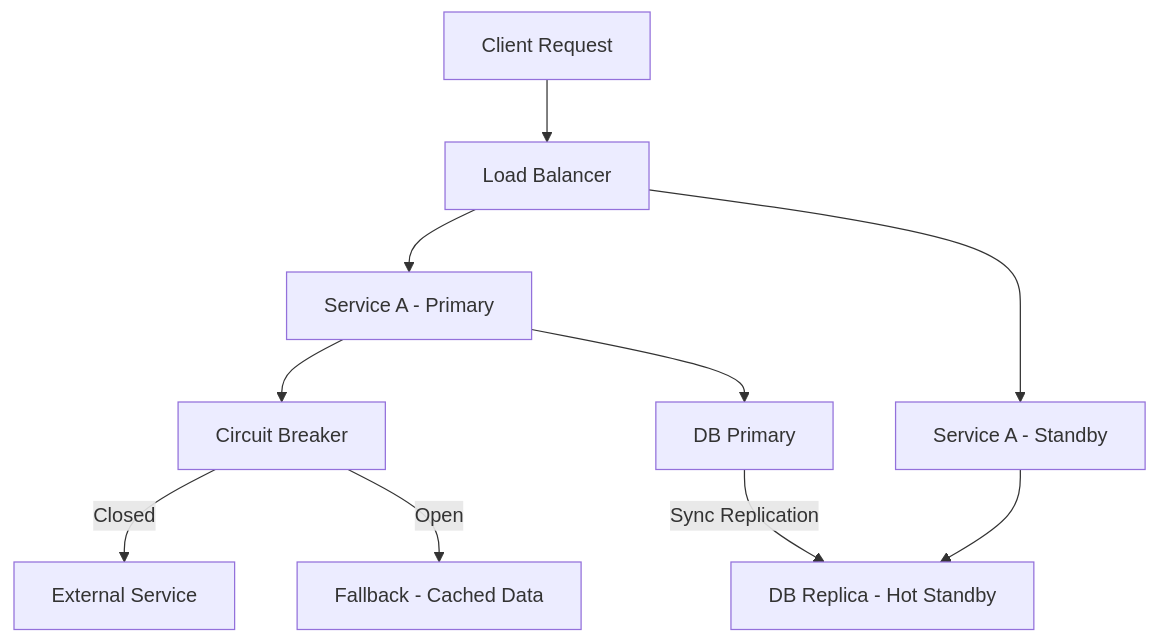
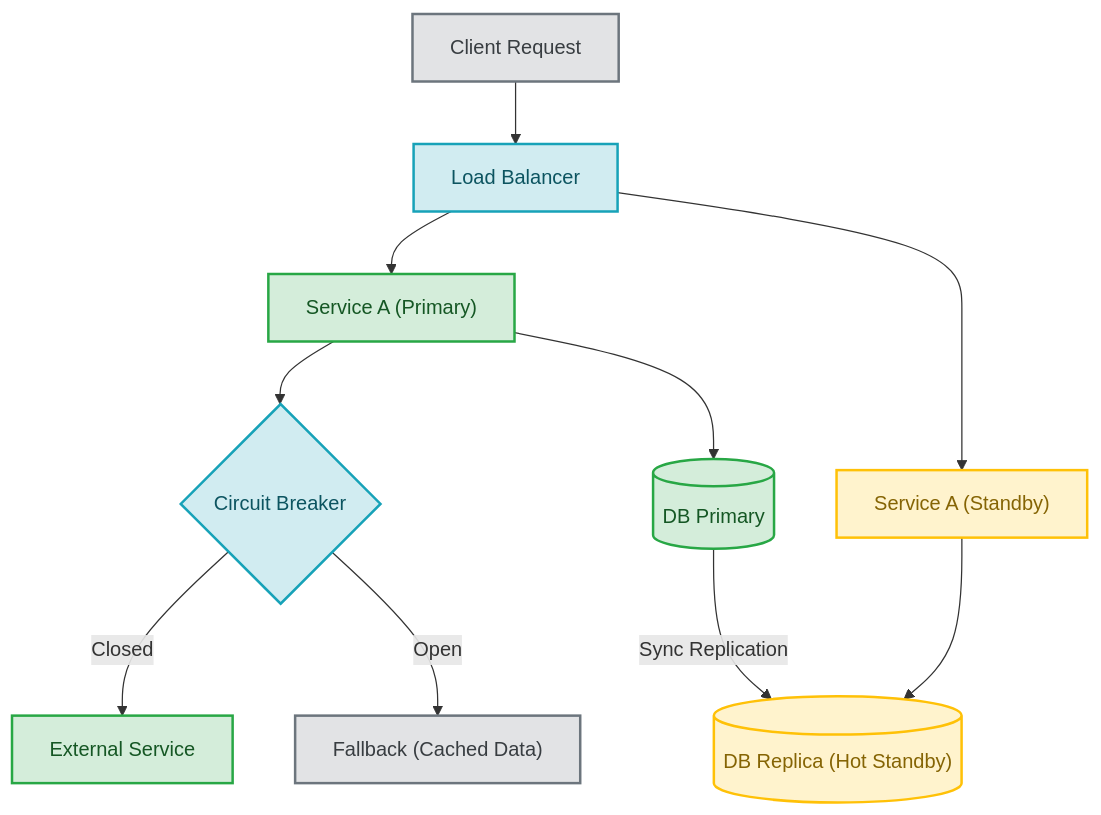
Before and after one commit to akshay-k-r/Interview-Prep-Resource: the first of 3 diagrams in src/pages/02-hld/fundamentals/fault-tolerance/index.mdx, drawn with Mermaid. The commit also changed other lines of this file and 29 other files, not shown here.

````diff
--- a/src/pages/02-hld/fundamentals/fault-tolerance/index.mdx
+++ b/src/pages/02-hld/fundamentals/fault-tolerance/index.mdx
@@ -48,17 +48,28 @@
 ```mermaid
 flowchart TD
-    Client["Client Request"]
-    Client --> LB["Load Balancer"]
+    Client["Client Request"] --> LB["Load Balancer"]
 
-    LB --> S1["Service A - Primary"]
-    LB --> S2["Service A - Standby"]
+    LB --> S1["Service A (Primary)"]
+    LB --> S2["Service A (Standby)"]
 
-    S1 --> CB["Circuit Breaker"]
+    S1 --> CB{"Circuit Breaker"}
     CB -->|Closed| ExtSvc["External Service"]
-    CB -->|Open| FB["Fallback - Cached Data"]
+    CB -->|Open| FB["Fallback (Cached Data)"]
 
-    S1 --> DB_Primary["DB Primary"]
-    S2 --> DB_Replica["DB Replica - Hot Standby"]
+    S1 --> DB_Primary[("DB Primary")]
+    S2 --> DB_Replica[("DB Replica (Hot Standby)")]
 
     DB_Primary -->|Sync Replication| DB_Replica
+
+    %% Styles
+    classDef client fill:#e2e3e5,stroke:#6c757d,stroke-width:2px,color:#383d41;
+    classDef loadBalancer fill:#d1ecf1,stroke:#17a2b8,stroke-width:2px,color:#0c5460;
+    classDef primary fill:#d4edda,stroke:#28a745,stroke-width:2px,color:#155724;
+    classDef standby fill:#fff3cd,stroke:#ffc107,stroke-width:2px,color:#856404;
+
+    class Client client;
+    class LB,CB loadBalancer;
+    class S1,ExtSvc,DB_Primary primary;
+    class S2,DB_Replica standby;
+    class FB client;
 ```
````
